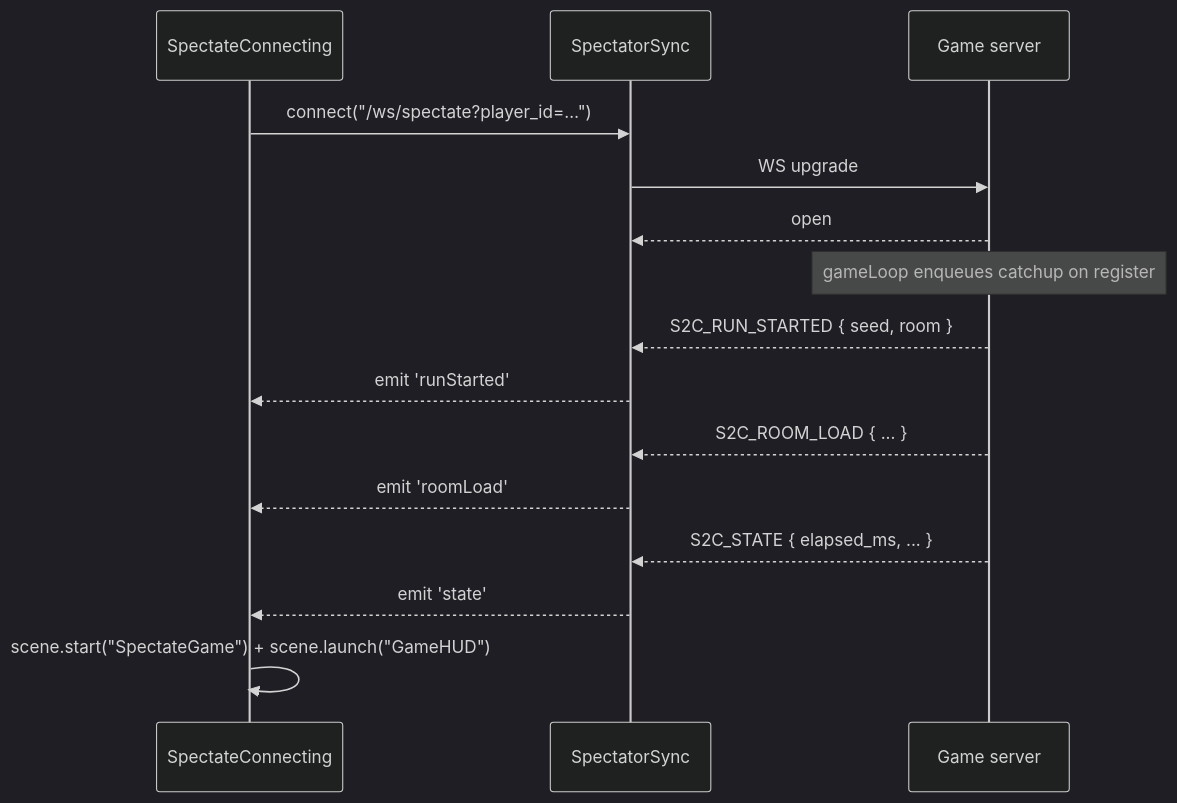
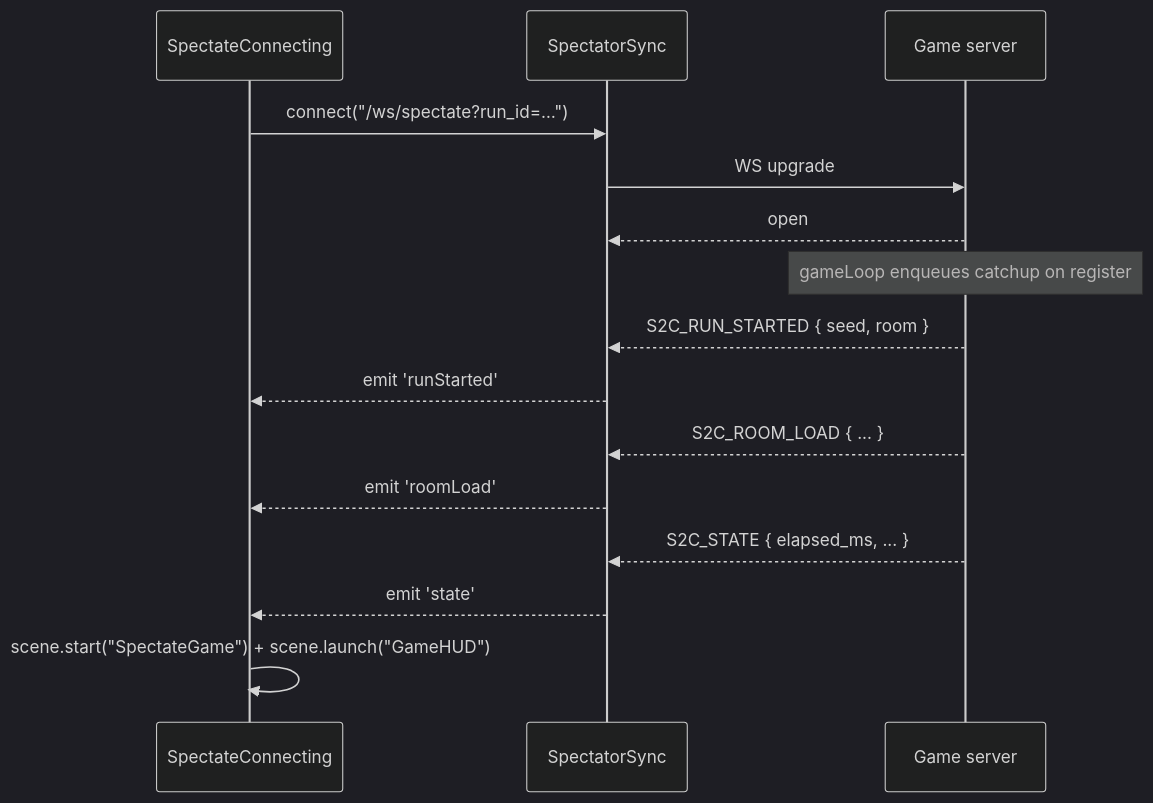
Before and after one commit to NUSGreyhats/dcsg-vibecat-404: the second of 3 diagrams in docs/specs/client/09-spectator-mode.md, drawn with Mermaid (dark theme). The commit also changed other lines of this file and 10 other files, not shown here.

````diff
--- a/docs/specs/client/09-spectator-mode.md
+++ b/docs/specs/client/09-spectator-mode.md
@@ -122,18 +122,18 @@
 ```mermaid
 sequenceDiagram
     participant S as SpectateConnecting
     participant Sync as SpectatorSync
     participant Srv as Game server
 
-    S->>Sync: connect("/ws/spectate?player_id=…")
+    S->>Sync: connect("/ws/spectate?run_id=…")
     Sync->>Srv: WS upgrade
     Srv-->>Sync: open
     Note over Srv: gameLoop enqueues catchup on register
     Srv-->>Sync: S2C_RUN_STARTED { seed, room }
     Sync-->>S: emit 'runStarted'
     Srv-->>Sync: S2C_ROOM_LOAD { ... }
     Sync-->>S: emit 'roomLoad'
     Srv-->>Sync: S2C_STATE { elapsed_ms, ... }
     Sync-->>S: emit 'state'
     S->>S: scene.start("SpectateGame") + scene.launch("GameHUD")
 ```
````
